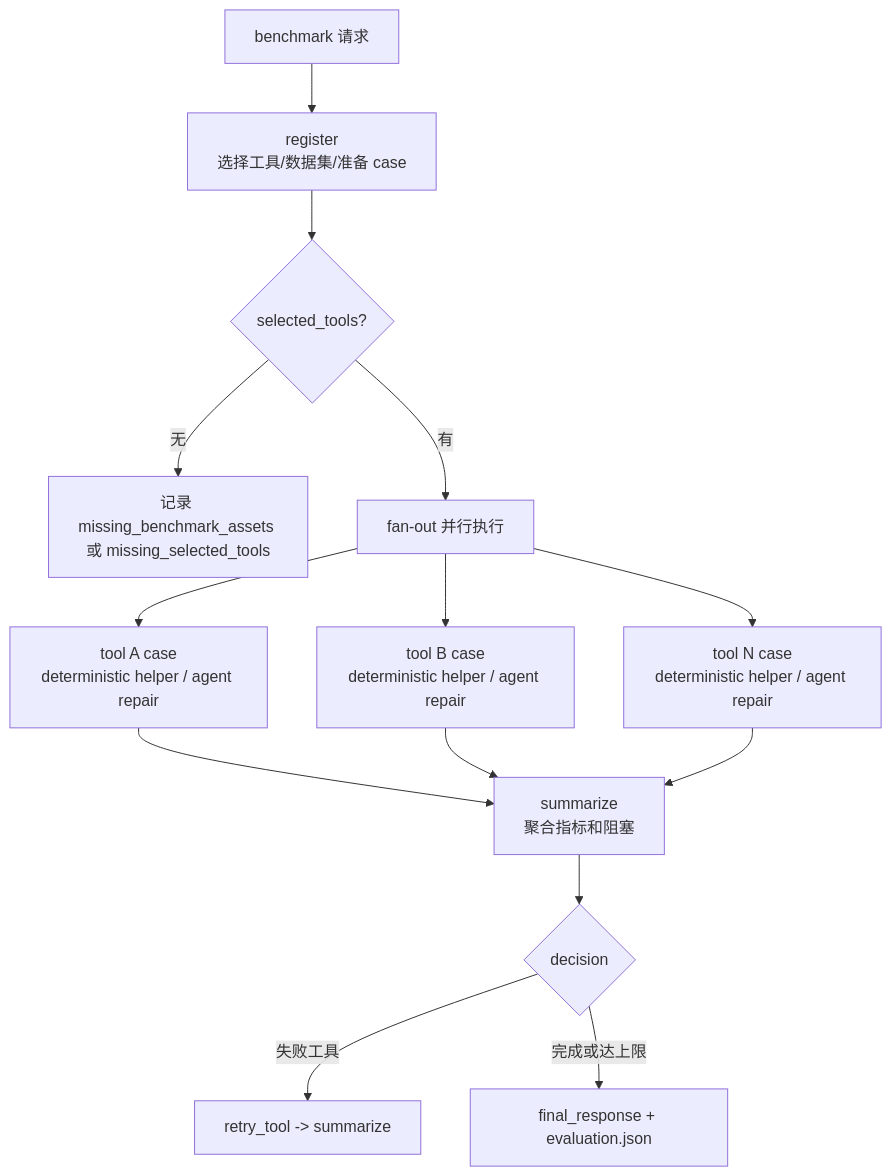
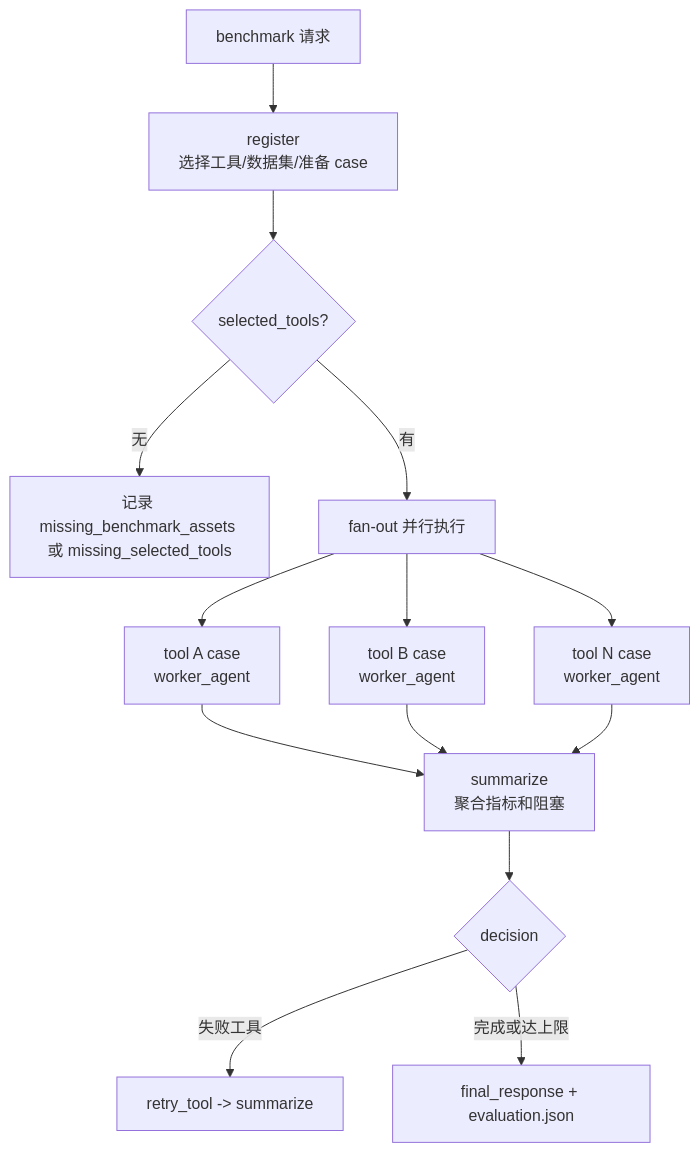
The tenth of 16 diagrams in docs/overview/supervisor-agent-function-flows.zh.md (zhang-pei-feng/code2workspace), drawn with Mermaid before and after one commit. The commit also changed other lines of this file and 33 other files, not shown here.

````diff
--- a/docs/overview/supervisor-agent-function-flows.zh.md
+++ b/docs/overview/supervisor-agent-function-flows.zh.md
@@ -396,16 +448,16 @@
 ```mermaid
 flowchart TD
     B0[benchmark 请求] --> B1[register<br/>选择工具/数据集/准备 case]
     B1 --> Sel{selected_tools?}
     Sel -->|无| Stop[记录 missing_benchmark_assets 或 missing_selected_tools]
     Sel -->|有| B2[fan-out 并行执行]
-    B2 --> T1[tool A case<br/>deterministic helper / agent repair]
-    B2 --> T2[tool B case<br/>deterministic helper / agent repair]
-    B2 --> TN[tool N case<br/>deterministic helper / agent repair]
+    B2 --> T1[tool A case<br/>worker_agent]
+    B2 --> T2[tool B case<br/>worker_agent]
+    B2 --> TN[tool N case<br/>worker_agent]
     T1 --> B3[summarize<br/>聚合指标和阻塞]
     T2 --> B3
     TN --> B3
     B3 --> D{decision}
     D -->|失败工具| R[retry_tool -> summarize]
     D -->|完成或达上限| F[final_response + evaluation.json]
 ```
````
